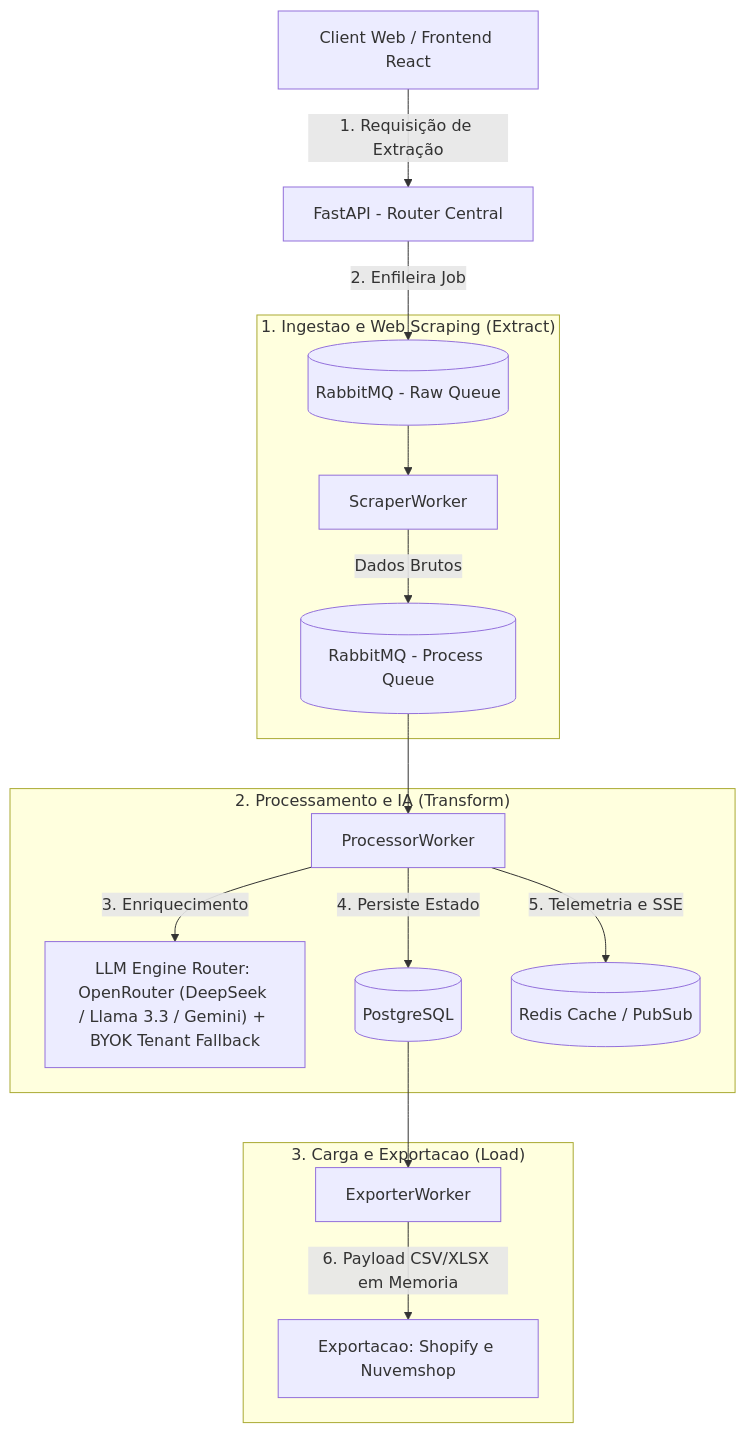
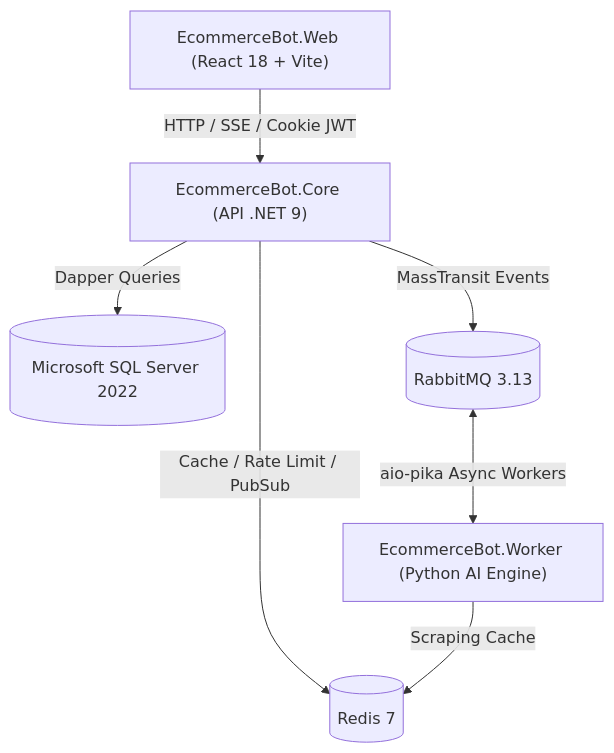
The diagram in README.md (gregrymqt/ecomerce-bot), drawn with Mermaid before and after one commit. The commit also changed other lines of this file and 5 other files, not shown here.

````diff
--- a/README.md
+++ b/README.md
@@ -23,22 +35,9 @@
 ```mermaid
-graph TD
-    A["Client Web / Frontend React"] -->|1. Requisição de Extração| B["FastAPI - Router Central"]
-    B -->|2. Enfileira Job| C[("RabbitMQ - Raw Queue")]
-
-    subgraph S1 ["1. Ingestao e Web Scraping (Extract)"]
-        C --> D["ScraperWorker"]
-        D -->|Dados Brutos| E[("RabbitMQ - Process Queue")]
-    end
-
-    subgraph S2 ["2. Processamento e IA (Transform)"]
-        E --> F["ProcessorWorker"]
-        F -->|3. Enriquecimento| G["LLM Engine Router: OpenRouter (DeepSeek / Llama 3.3 / Gemini) + BYOK Tenant Fallback"]
-        F -->|4. Persiste Estado| H[("PostgreSQL")]
-        F -->|5. Telemetria e SSE| I[("Redis Cache / PubSub")]
-    end
-
-    subgraph S3 ["3. Carga e Exportacao (Load)"]
-        H --> J["ExporterWorker"]
-        J -->|6. Payload CSV/XLSX em Memoria| K["Exportacao: Shopify e Nuvemshop"]
-    end
+flowchart TD
+    SPA["EcommerceBot.Web (React 18 + Vite)"] -->|HTTP / SSE / Cookie JWT| API["EcommerceBot.Core (API .NET 9)"]
+    API -->|Dapper Queries| SQLServer[("Microsoft SQL Server 2022")]
+    API -->|Cache / Rate Limit / PubSub| Redis[("Redis 7")]
+    API -->|MassTransit Events| RabbitMQ[("RabbitMQ 3.13")]
+    RabbitMQ <-->|aio-pika Async Workers| Worker["EcommerceBot.Worker (Python AI Engine)"]
+    Worker -->|Scraping Cache| Redis
 ```
````
